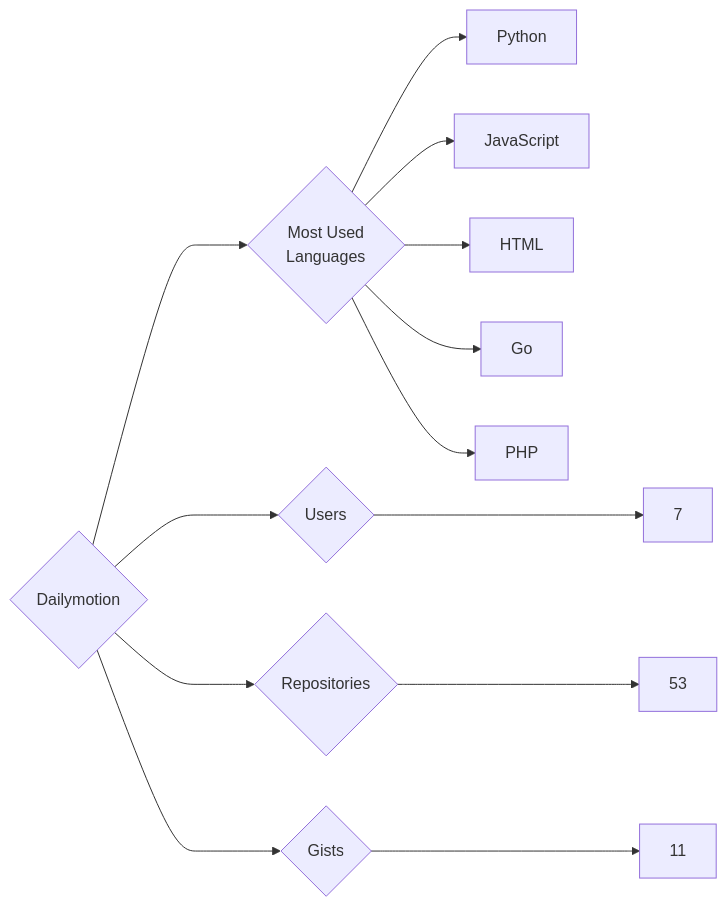
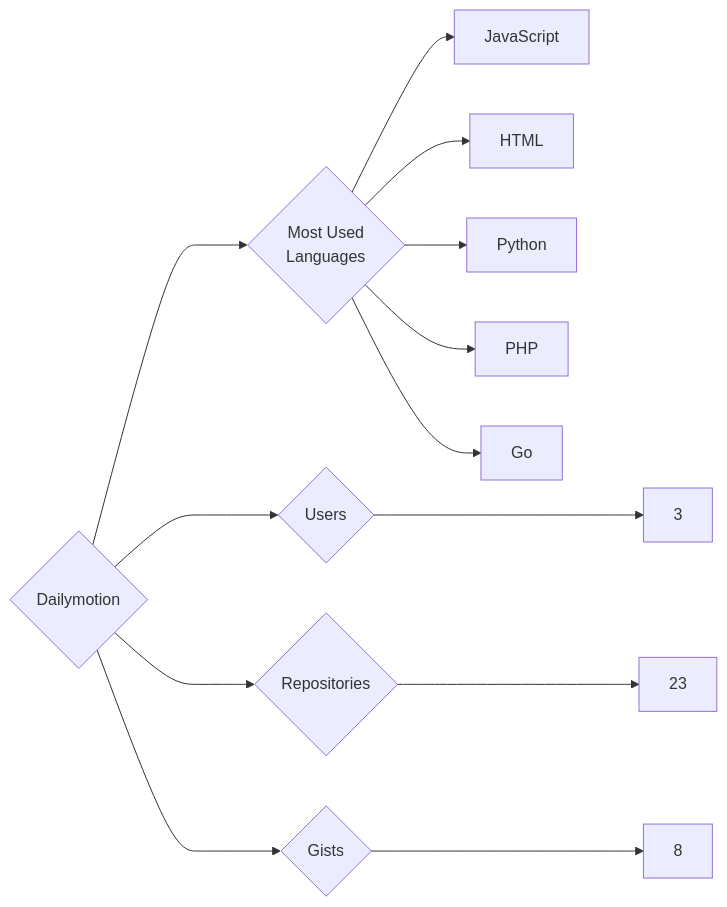
One commit to trickest/insiders changed the diagram in targets/Dailymotion/README.md. Above: the diagram before and after it, drawn with Mermaid. The commit also changed 786 other files, not shown here.

````diff
--- a/targets/Dailymotion/README.md
+++ b/targets/Dailymotion/README.md
@@ -3,13 +3,13 @@
 ```mermaid
 graph LR
 COMPANY_NAME{Dailymotion}
-COMPANY_NAME ---> U{Users} ---> UN[7]
-COMPANY_NAME ---> R{Repositories} ---> RN[53]
-COMPANY_NAME ---> G{Gists} ---> GN[11]
+COMPANY_NAME ---> U{Users} ---> UN[3]
+COMPANY_NAME ---> R{Repositories} ---> RN[23]
+COMPANY_NAME ---> G{Gists} ---> GN[8]
 COMPANY_NAME ---> ML{Most Used<br>Languages}
-ML --> Python[Python]
 ML --> JavaScript[JavaScript]
 ML --> HTML[HTML]
+ML --> Python[Python]
+ML --> PHP[PHP]
 ML --> Go[Go]
-ML --> PHP[PHP]
 ```
````
